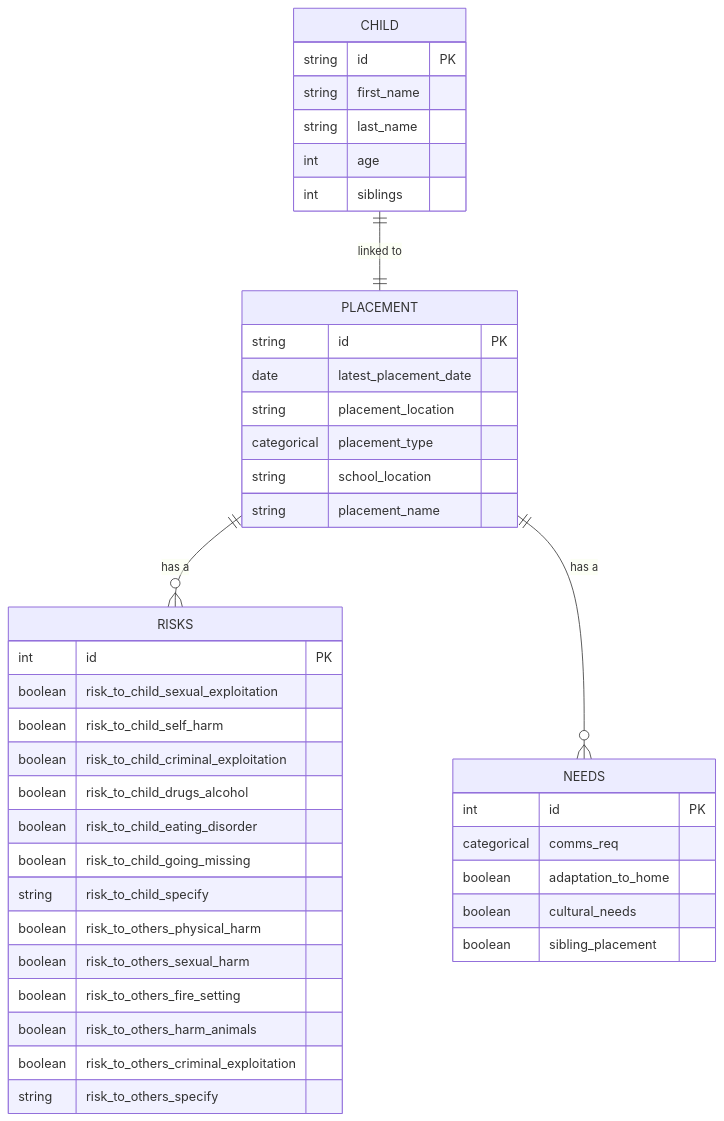
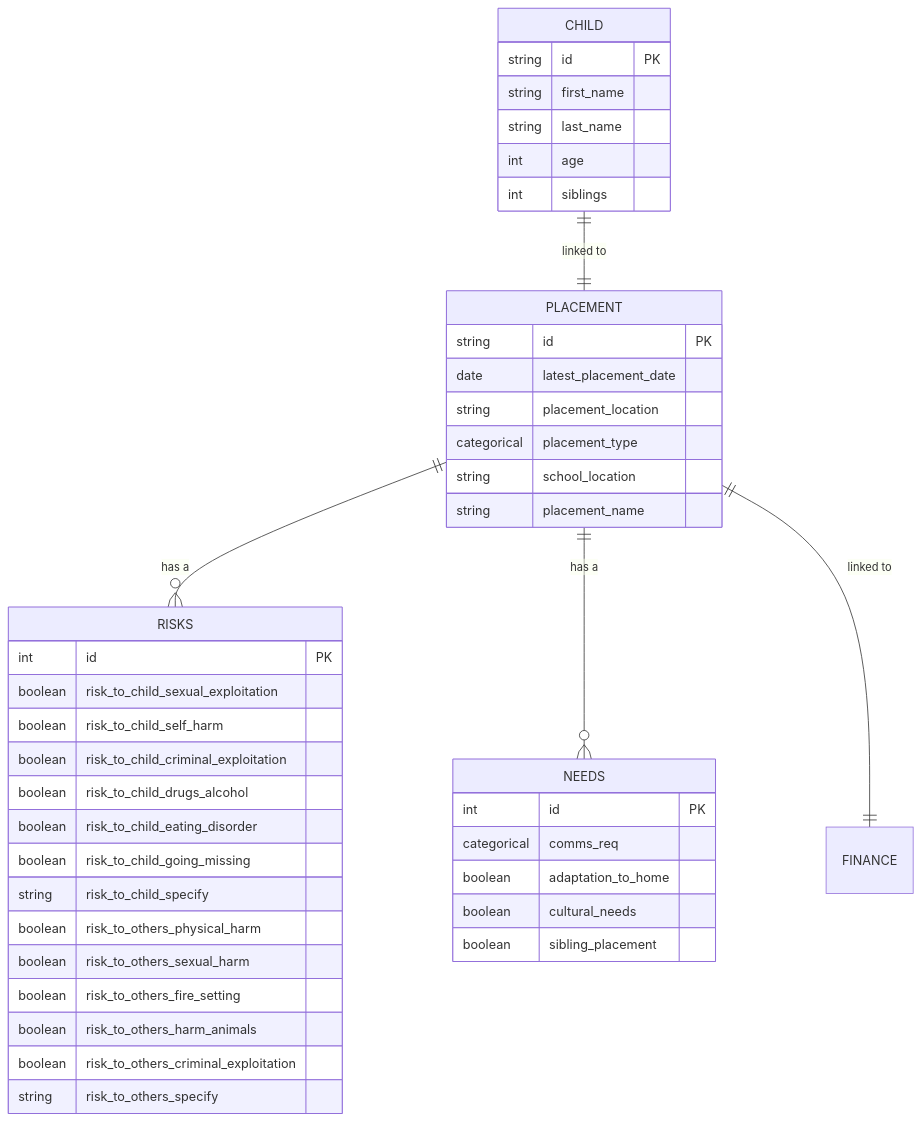
Before and after one commit to SocialFinanceDigitalLabs/sw-sufficiency-model: the diagram in placement_data_collection.md, drawn with Mermaid.

````diff
--- a/placement_data_collection.md
+++ b/placement_data_collection.md
@@ -3,44 +3,45 @@
 ```mermaid
 erDiagram
     CHILD ||--|| PLACEMENT : "linked to"
     PLACEMENT ||--o{ RISKS : "has a"
     PLACEMENT ||--o{ NEEDS : "has a"
+    PLACEMENT ||--|| FINANCE : "linked to"
     CHILD {
         string id PK
         string first_name
         string last_name
         int age
         int siblings
     }
     PLACEMENT {
         string id PK
         date latest_placement_date
         string placement_location
         categorical placement_type
         string school_location
         string placement_name
     }
     NEEDS {
         int id PK
         categorical comms_req
         boolean adaptation_to_home
         boolean cultural_needs
         boolean sibling_placement
     }
     RISKS {
         int id PK
         boolean risk_to_child_sexual_exploitation
         boolean risk_to_child_self_harm
         boolean risk_to_child_criminal_exploitation
         boolean risk_to_child_drugs_alcohol
         boolean risk_to_child_eating_disorder
         boolean risk_to_child_going_missing
         string risk_to_child_specify
         boolean risk_to_others_physical_harm
         boolean risk_to_others_sexual_harm
         boolean risk_to_others_fire_setting
         boolean risk_to_others_harm_animals
         boolean risk_to_others_criminal_exploitation
         string risk_to_others_specify
     }
 ```
````
